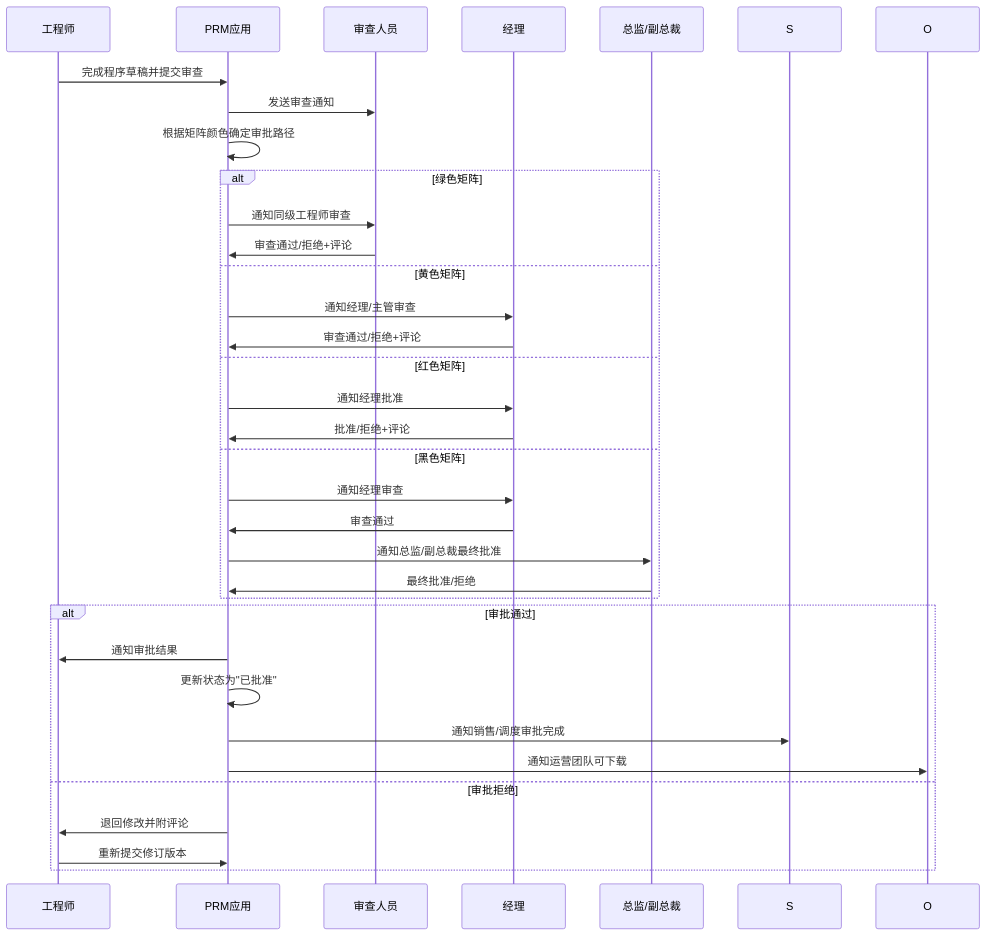
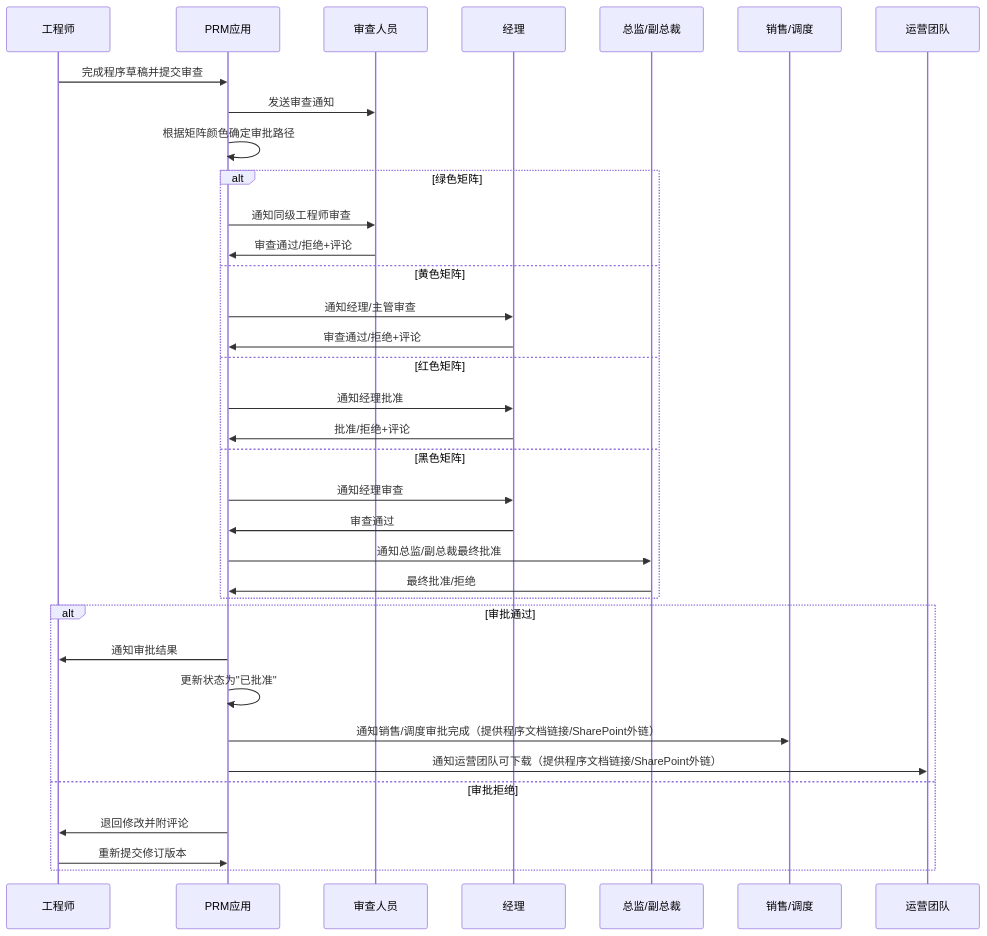
One commit to Sanjel-Energy-Services/eService_WorkItems changed the second of 4 diagrams in Documents/01 - Cementing Service Invitation/03 - Request Job Design/Artifacts/Analysis/02-Design/003-系统用例.md. Above: the diagram before and after it, drawn with Mermaid. The commit also changed 10 other files, not shown here.

````diff
--- a/Documents/01 - Cementing Service Invitation/03 - Request Job Design/Artifacts/Analysis/02-Design/003-系统用例.md
+++ b/Documents/01 - Cementing Service Invitation/03 - Request Job Design/Artifacts/Analysis/02-Design/003-系统用例.md
@@ -29,38 +29,40 @@
 ```mermaid
 sequenceDiagram
     participant E as 工程师
     participant FS as PRM应用
     participant R as 审查人员
     participant M as 经理
     participant D as 总监/副总裁
+    participant S as 销售/调度
+    participant O as 运营团队
     
     E->>FS: 完成程序草稿并提交审查
     FS->>R: 发送审查通知
     FS->>FS: 根据矩阵颜色确定审批路径
     
     alt 绿色矩阵
         FS->>R: 通知同级工程师审查
         R->>FS: 审查通过/拒绝+评论
     else 黄色矩阵
         FS->>M: 通知经理/主管审查
         M->>FS: 审查通过/拒绝+评论
     else 红色矩阵
         FS->>M: 通知经理批准
         M->>FS: 批准/拒绝+评论
     else 黑色矩阵
         FS->>M: 通知经理审查
         M->>FS: 审查通过
         FS->>D: 通知总监/副总裁最终批准
         D->>FS: 最终批准/拒绝
     end
     
     alt 审批通过
         FS->>E: 通知审批结果
         FS->>FS: 更新状态为"已批准"
-        FS->>S: 通知销售/调度审批完成
-        FS->>O: 通知运营团队可下载
+        FS->>S: 通知销售/调度审批完成（提供程序文档链接/SharePoint外链）
+        FS->>O: 通知运营团队可下载（提供程序文档链接/SharePoint外链）
     else 审批拒绝
         FS->>E: 退回修改并附评论
         E->>FS: 重新提交修订版本
     end
 ```
````
